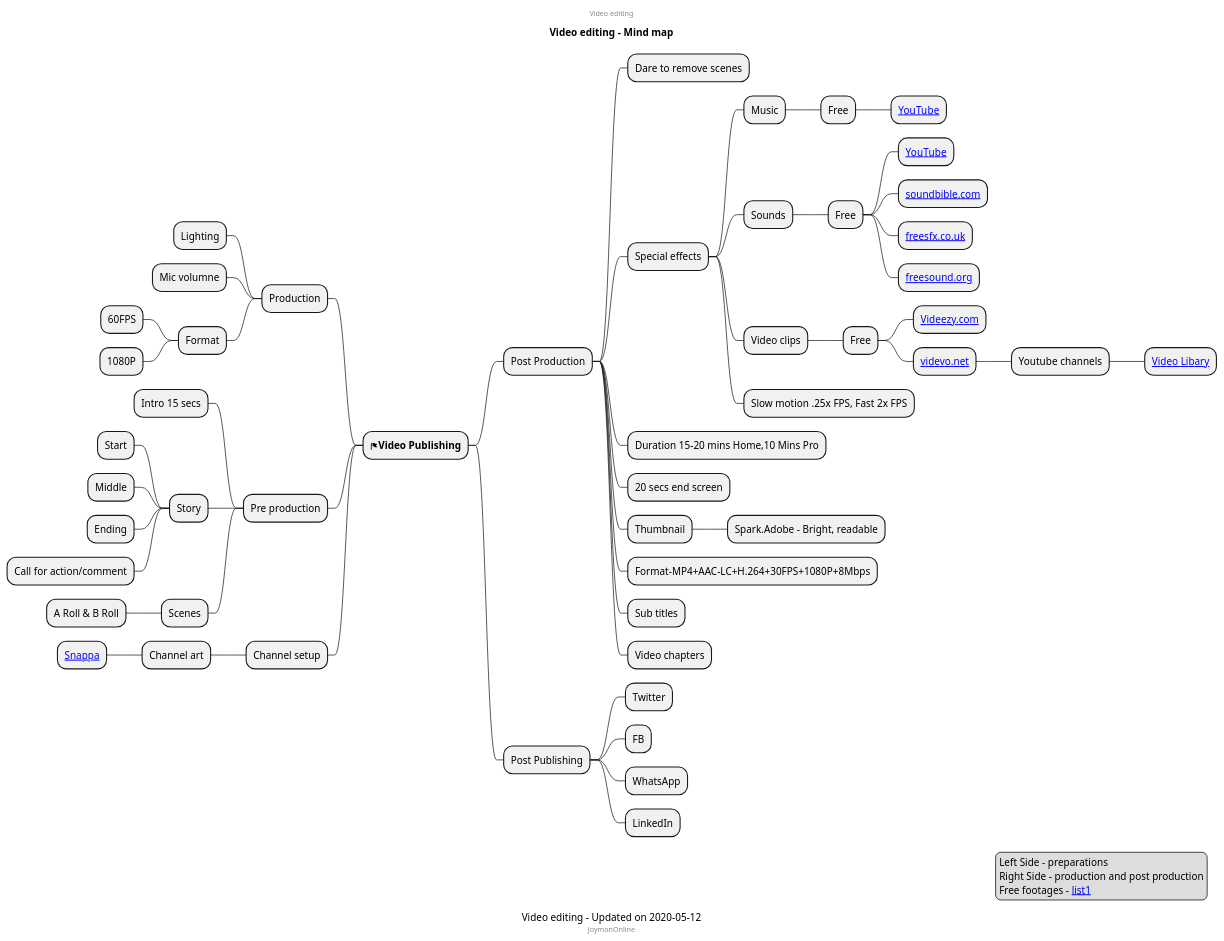
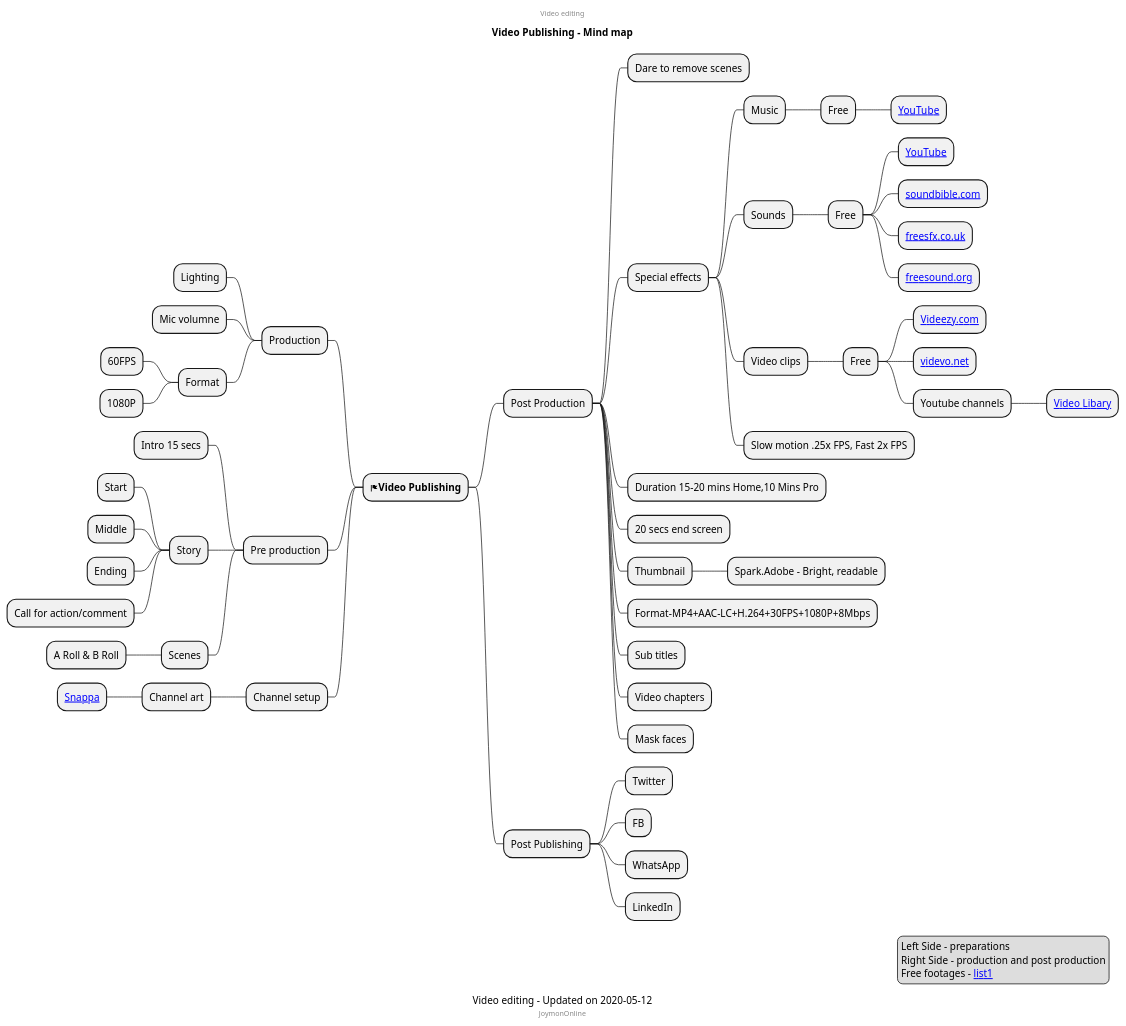
The diagram in media/video/publishing.puml (mind-maps/technology), drawn with PlantUML before and after one commit. The commit also changed 1 other file, not shown here.

Commit message:
Added face mask and chapters

```diff
--- a/media/video/publishing.puml
+++ b/media/video/publishing.puml
@@ -1,68 +1,70 @@
 @startmindmap
 caption Video editing - Updated on 2020-05-12
-title Video editing - Mind map
+title Video Publishing - Mind map
 center header
 Video editing
 endheader
 
 * <&flag><b>Video Publishing</b>
 
 ** Post Production
 *** Dare to remove scenes
 *** Special effects
 **** Music
 ***** Free
 ****** [[https://www.youtube.com/audiolibrary/music?nv=1 YouTube]]
 **** Sounds
 ***** Free
 ****** [[https://www.youtube.com/audiolibrary/soundeffects?nv=1 YouTube]]
 ****** [[https://soundbible.com/ soundbible.com]]
 ****** [[https://freesfx.co.uk/ freesfx.co.uk]]
 ****** [[https://freesound.org/ freesound.org]]
 **** Video clips
 ***** Free
 ****** [[https://www.videezy.com/ Videezy.com]]
 ****** [[https://www.videvo.net/ videvo.net]]
-******* Youtube channels
-******** [[https://www.youtube.com/channel/UC8ScFr0TdBPz9bLElei6-VA/videos Video Libary]]
+****** Youtube channels
+******* [[https://www.youtube.com/channel/UC8ScFr0TdBPz9bLElei6-VA/videos Video Libary]]
 **** Slow motion .25x FPS, Fast 2x FPS
 *** Duration 15-20 mins Home,10 Mins Pro
 *** 20 secs end screen
 *** Thumbnail
 **** Spark.Adobe - Bright, readable
 *** Format-MP4+AAC-LC+H.264+30FPS+1080P+8Mbps
 *** Sub titles
 *** Video chapters
+*** Mask faces
+
 ** Post Publishing
 *** Twitter
 *** FB
 *** WhatsApp
 *** LinkedIn
 
 left side
 ** Production
 *** Lighting
 *** Mic volumne
 *** Format
 **** 60FPS
 **** 1080P
 ** Pre production
 *** Intro 15 secs
 *** Story
 **** Start
 **** Middle
 **** Ending
 ****  Call for action/comment
 *** Scenes
 **** A Roll & B Roll
 ** Channel setup
 *** Channel art
 **** [[https://snappa.com/ Snappa]]
 center footer JoymonOnline
 
 legend right
   Left Side - preparations
   Right Side - production and post production
   Free footages - [[https://www.oberlo.com/blog/free-stock-video-websites list1]]
 endlegend
 @endmindmap
```
